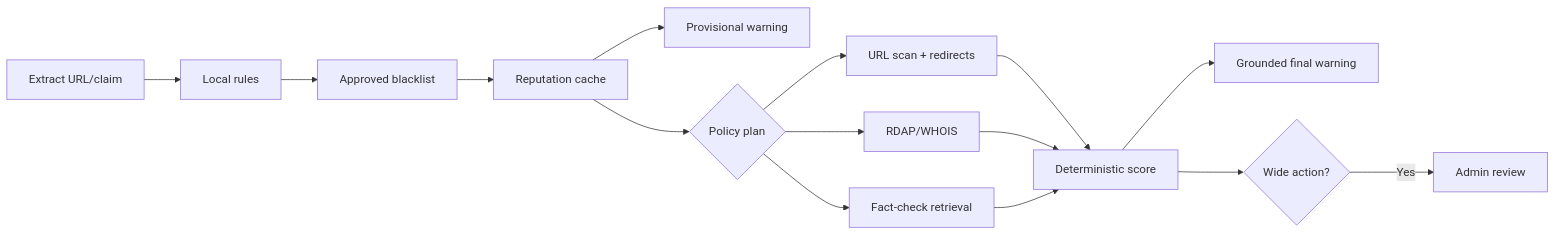
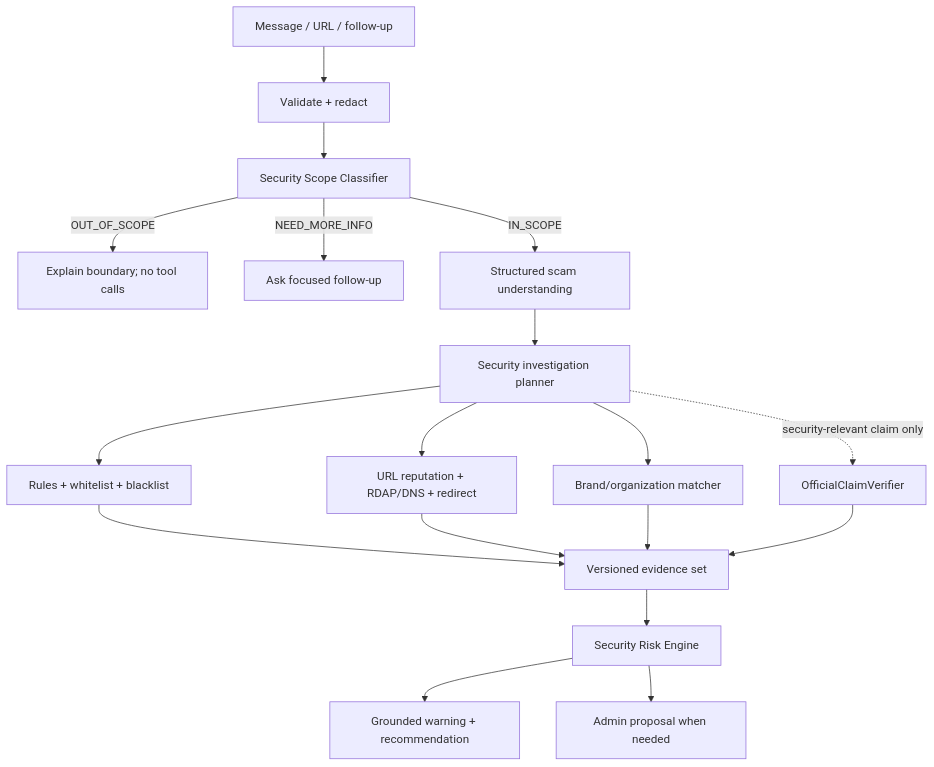
Before and after one commit to Binhdn04/TrustGuard-AI: the second of 2 diagrams in docs/01-ARCHITECTURE.md, drawn with Mermaid. The commit also changed other lines of this file and 12 other files, not shown here.

````diff
--- a/docs/01-ARCHITECTURE.md
+++ b/docs/01-ARCHITECTURE.md
@@ -234,17 +64,20 @@
 ```mermaid
-flowchart LR
-    A[Extract URL/claim] --> B[Local rules]
-    B --> C[Approved blacklist]
-    C --> D[Reputation cache]
-    D --> E[Provisional warning]
-    D --> F{Policy plan}
-    F --> G[URL scan + redirects]
-    F --> H[RDAP/WHOIS]
-    F --> I[Fact-check retrieval]
-    G --> J[Deterministic score]
-    H --> J
-    I --> J
-    J --> K[Grounded final warning]
-    J --> L{Wide action?}
-    L -->|Yes| M[Admin review]
+flowchart TD
+    A[Message / URL / follow-up] --> B[Validate + redact]
+    B --> C[Security Scope Classifier]
+    C -->|OUT_OF_SCOPE| D[Explain boundary; no tool calls]
+    C -->|NEED_MORE_INFO| E[Ask focused follow-up]
+    C -->|IN_SCOPE| F[Structured scam understanding]
+    F --> G[Security investigation planner]
+    G --> H[Rules + whitelist + blacklist]
+    G --> I[URL reputation + RDAP/DNS + redirect]
+    G --> J[Brand/organization matcher]
+    G -. security-relevant claim only .-> K[OfficialClaimVerifier]
+    H --> L[Versioned evidence set]
+    I --> L
+    J --> L
+    K --> L
+    L --> M[Security Risk Engine]
+    M --> N[Grounded warning + recommendation]
+    M --> O[Admin proposal when needed]
 ```
````
